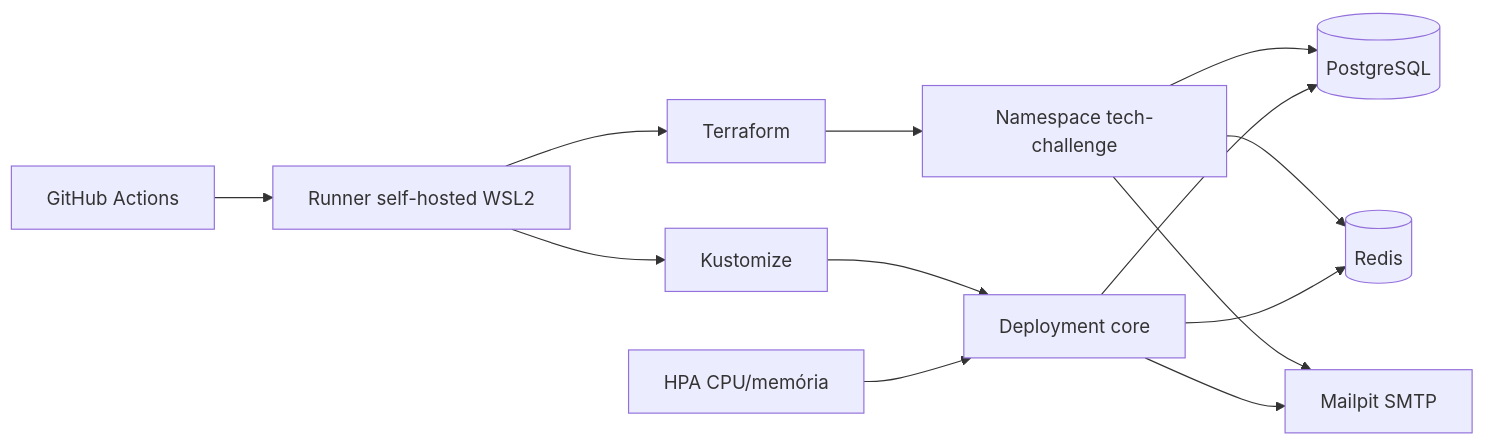
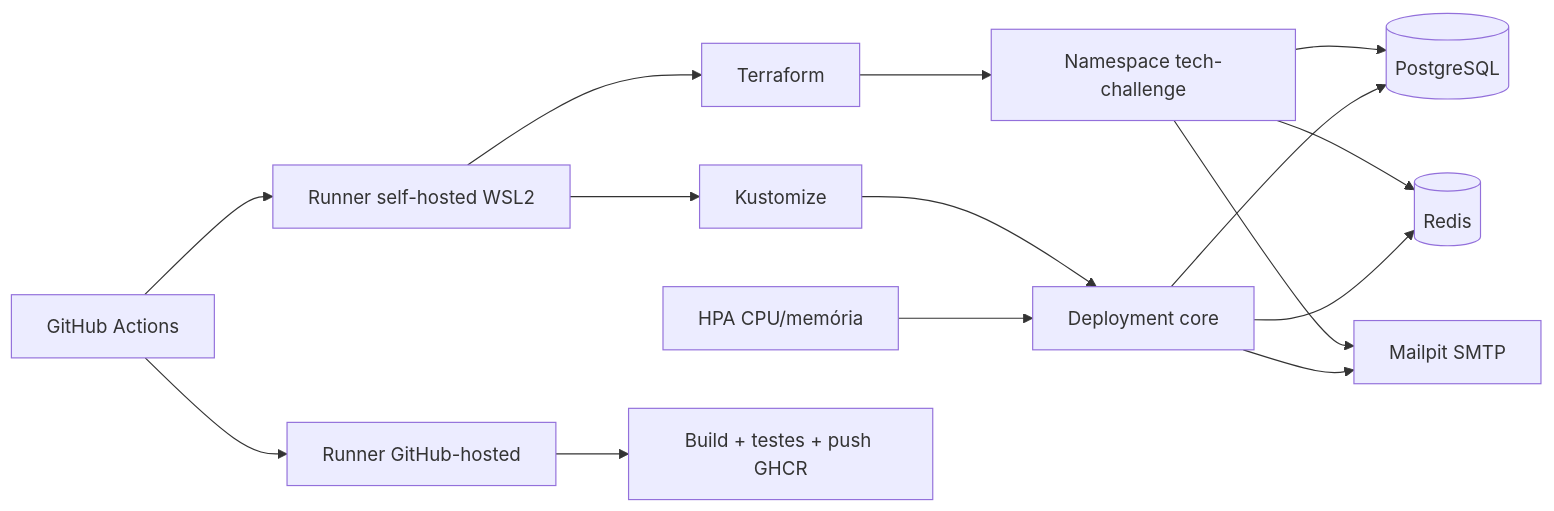
The diagram in README.md (fiap-pos-2026/tech-challenge-2), drawn with Mermaid before and after one commit. The commit also changed other lines of this file and 3 other files, not shown here.

````diff
--- a/README.md
+++ b/README.md
@@ -131,15 +132,17 @@
 ```mermaid
 flowchart LR
   TF[Terraform] --> NS[Namespace tech-challenge]
   NS --> PG[(PostgreSQL)]
   NS --> Redis[(Redis)]
   NS --> Mailpit[Mailpit SMTP]
   K[Kustomize] --> Core[Deployment core]
   Core --> PG
   Core --> Redis
   Core --> Mailpit
   HPA[HPA CPU/memória] --> Core
-  GA[GitHub Actions] --> Runner[Runner self-hosted WSL2]
+  GA[GitHub Actions] --> Hosted[Runner GitHub-hosted]
+  Hosted --> Build[Build + testes + push GHCR]
+  GA --> Runner[Runner self-hosted WSL2]
   Runner --> TF
   Runner --> K
 ```
````
